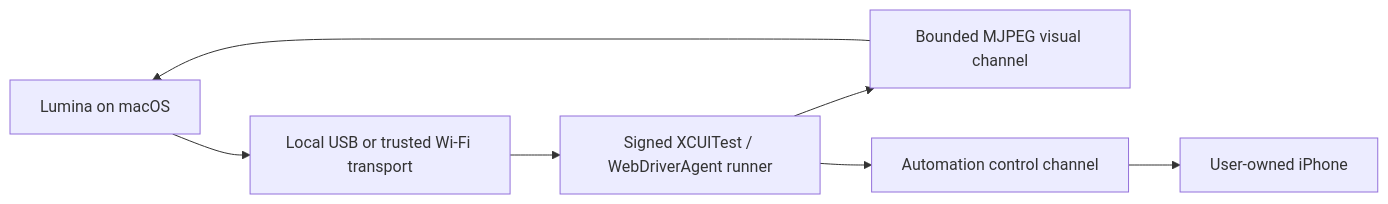
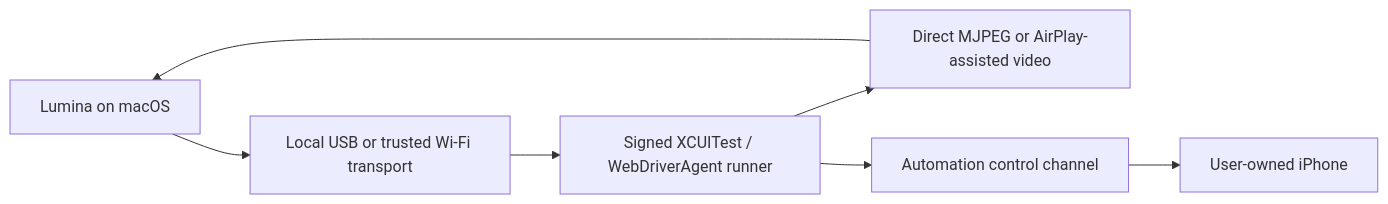
The diagram in README.md (ipixeldev/Lumina), drawn with Mermaid before and after one commit. The commit also changed other lines of this file and 9 other files, not shown here.

````diff
--- a/README.md
+++ b/README.md
@@ -28,16 +28,16 @@
 ```mermaid
 flowchart LR
     Mac["Lumina on macOS"]
     Transport["Local USB or trusted Wi-Fi transport"]
     Runner["Signed XCUITest / WebDriverAgent runner"]
-    Screen["Bounded MJPEG visual channel"]
+    Screen["Direct MJPEG or AirPlay-assisted video"]
     Control["Automation control channel"]
     Phone["User-owned iPhone"]
 
     Mac --> Transport
     Transport --> Runner
     Runner --> Screen
     Runner --> Control
     Screen --> Mac
     Control --> Phone
 ```
````
